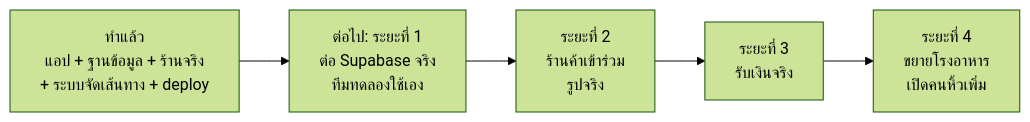
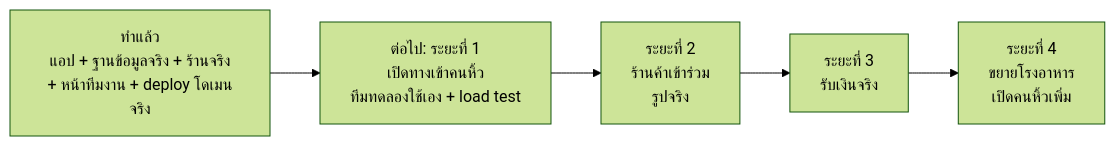
One commit to Na1awut/goast_man changed the diagram in PLAN.md. Above: the diagram before and after it, drawn with Mermaid (forest theme). The commit also changed other lines of this file and 2 other files, not shown here.

````diff
--- a/PLAN.md
+++ b/PLAN.md
@@ -21,7 +23,7 @@
 ```mermaid
 flowchart LR
-    A["ทำแล้ว<br/>แอป + ฐานข้อมูล + ร้านจริง<br/>+ ระบบจัดเส้นทาง + deploy"] --> B["ต่อไป: ระยะที่ 1<br/>ต่อ Supabase จริง<br/>ทีมทดลองใช้เอง"]
+    A["ทำแล้ว<br/>แอป + ฐานข้อมูลจริง + ร้านจริง<br/>+ หน้าทีมงาน + deploy โดเมนจริง"] --> B["ต่อไป: ระยะที่ 1<br/>เปิดทางเข้าคนหิ้ว<br/>ทีมทดลองใช้เอง + load test"]
     B --> C["ระยะที่ 2<br/>ร้านค้าเข้าร่วม<br/>รูปจริง"]
     C --> D["ระยะที่ 3<br/>รับเงินจริง"]
     D --> E["ระยะที่ 4<br/>ขยายโรงอาหาร<br/>เปิดคนหิ้วเพิ่ม"]
 ```
````
